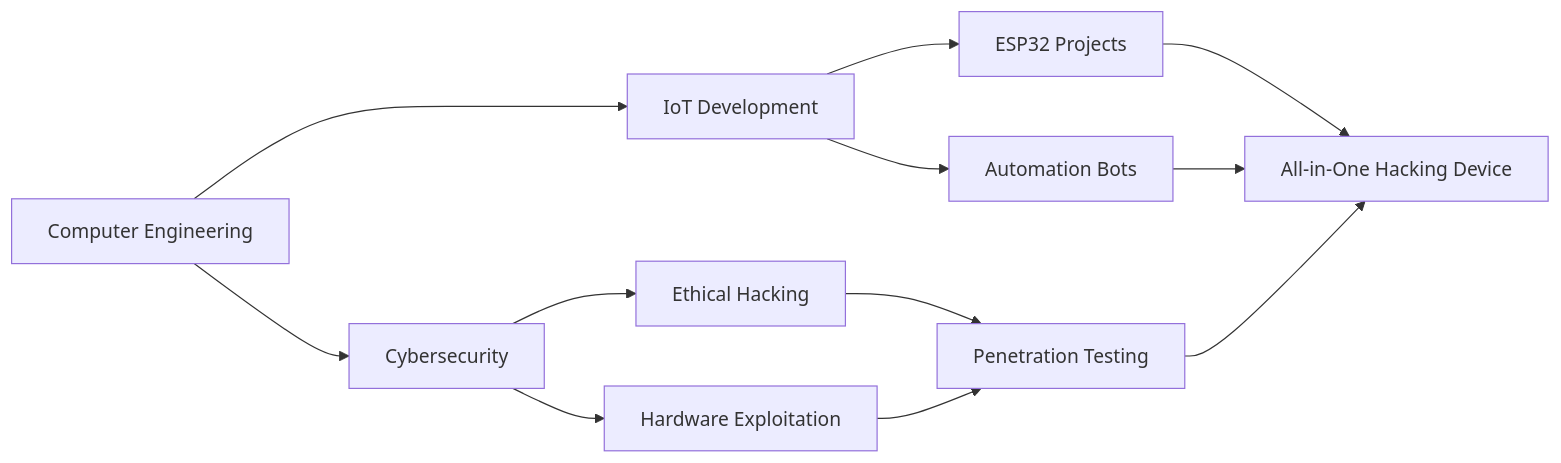
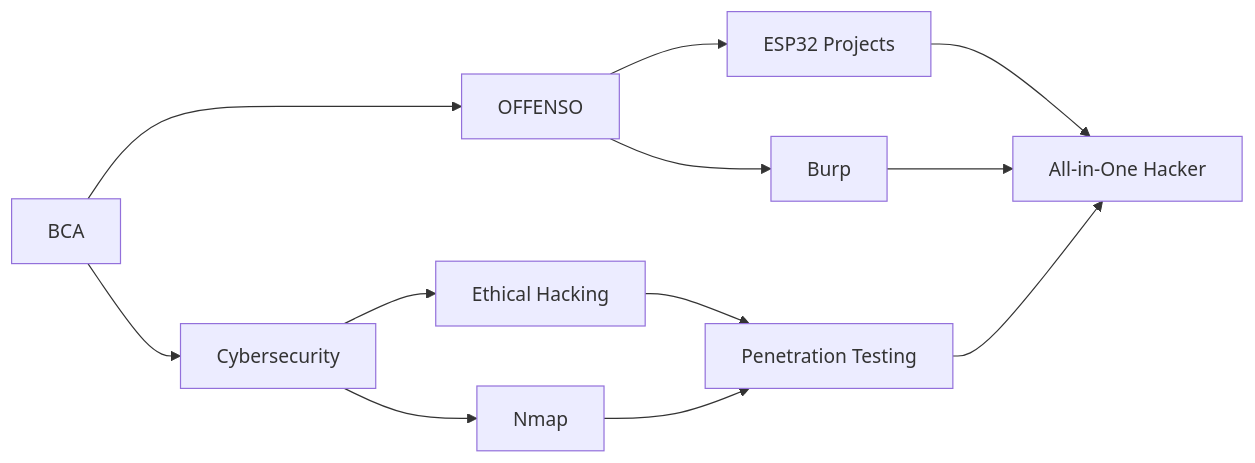
Before and after one commit to MuhammadMushab/MuhammadMushab: the diagram in README.md, drawn with Mermaid.

````diff
--- a/README.md
+++ b/README.md
@@ -80,14 +80,14 @@
 ```mermaid
 graph LR
-    A[Computer Engineering] --> B[Cybersecurity]
-    A --> C[IoT Development]
+    A[BCA] --> B[Cybersecurity]
+    A --> C[OFFENSO]
     B --> D[Ethical Hacking]
-    B --> E[Hardware Exploitation]
+    B --> E[Nmap]
     C --> F[ESP32 Projects]
-    C --> G[Automation Bots]
+    C --> G[Burp]
     D --> H[Penetration Testing]
     E --> H
-    F --> I[All-in-One Hacking Device]
+    F --> I[All-in-One Hacker]
     G --> I
     H --> I
 ```
````
